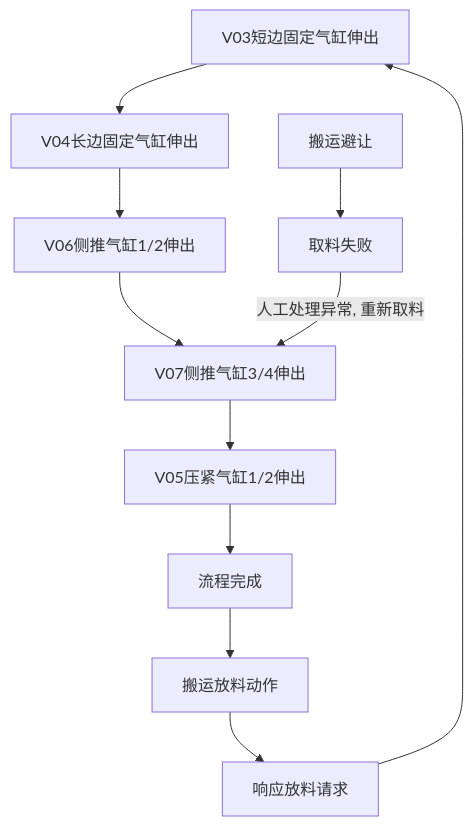
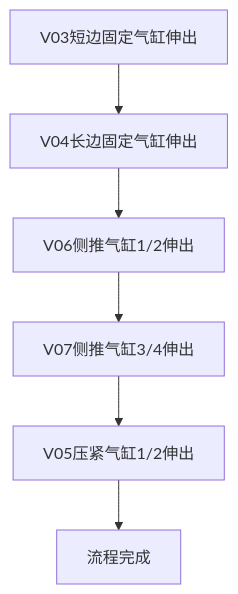
The diagram in all/OP10气缸固定流程.md (PengKun1/iodraw-files), drawn with Mermaid before and after one commit.

Commit message:
2024-08-05 16:37:37 update

````diff
--- a/all/OP10气缸固定流程.md
+++ b/all/OP10气缸固定流程.md
@@ -1,16 +1,10 @@
 ```mermaid
 graph TD
 10[V03短边固定气缸伸出]-->20
 20[V04长边固定气缸伸出]-->30
 30[V06侧推气缸1/2伸出]-->40
 40[V07侧推气缸3/4伸出]-->50
 50[V05压紧气缸1/2伸出]-->60
-60[流程完成]-->70
-70[搬运放料动作]-->80
-80[响应放料请求]-->10
-
-90[搬运避让]-->900
-
-900[取料失败]-->|人工处理异常, 重新取料|40
+60[流程完成]
   
 ```
````
